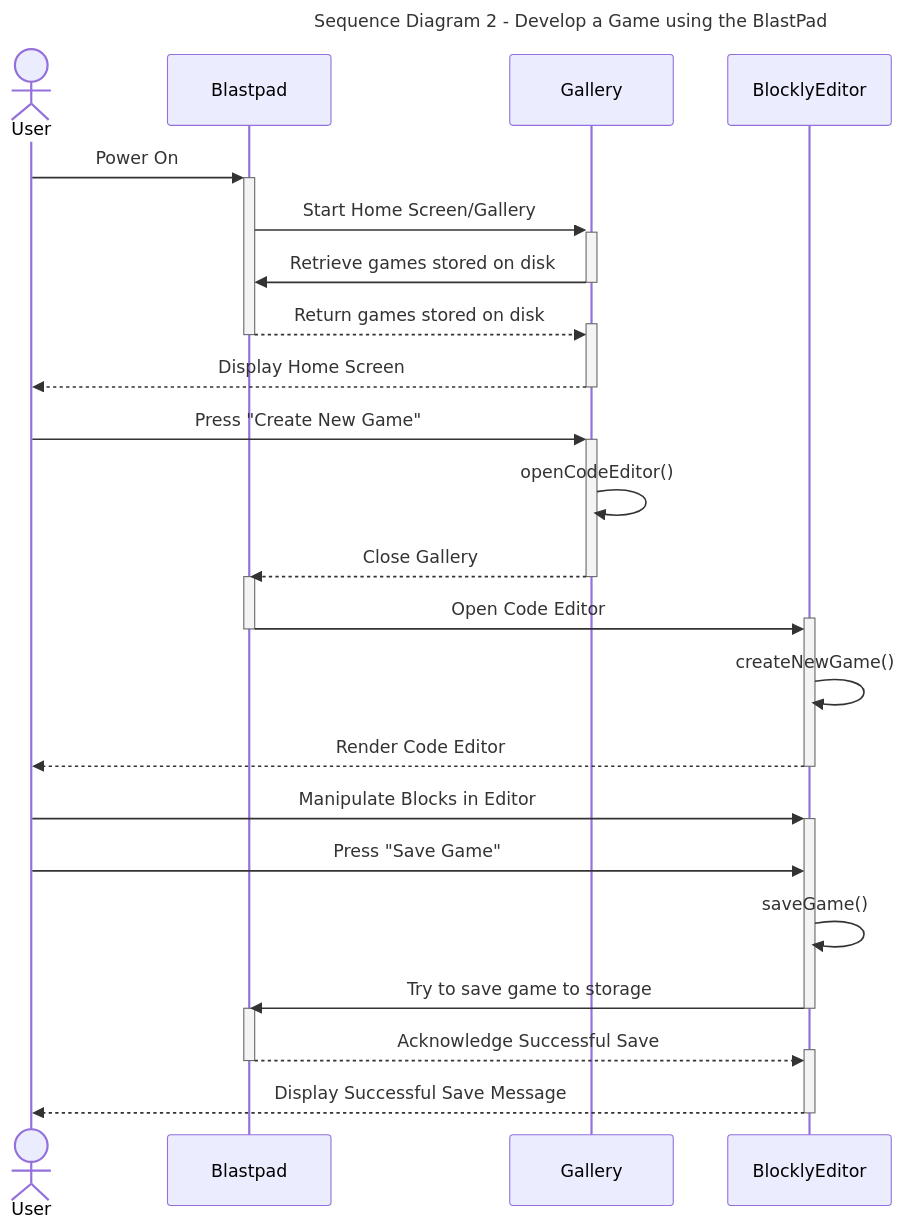
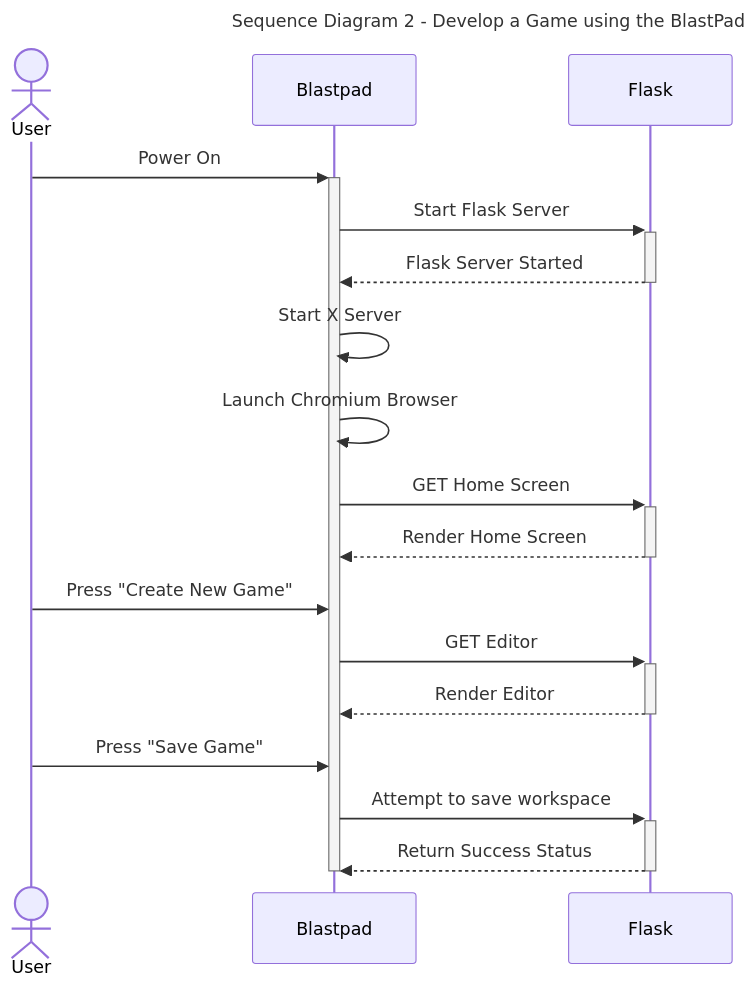
The second of 11 diagrams in documentation/docs/system-architecture/sequence-diagrams.md (Capstone-Projects-2024-Spring/project-blastpad), drawn with Mermaid before and after one commit. The commit also changed other lines of this file and 3 other files, not shown here.

Commit message:
Use Case Seq Diagrams

````diff
--- a/documentation/docs/system-architecture/sequence-diagrams.md
+++ b/documentation/docs/system-architecture/sequence-diagrams.md
@@ -48,33 +53,29 @@
 ```mermaid
 ---
 title: "Sequence Diagram 2 - Develop a Game using the BlastPad"
 ---
 
 sequenceDiagram
 actor User
 User->>+Blastpad: Power On
-Blastpad->>+Gallery: Start Home Screen/Gallery
-Gallery->>-Blastpad: Retrieve games stored on disk
-Blastpad-->>+Gallery: Return games stored on disk
-deactivate Blastpad	
-Gallery-->>-User: Display Home Screen
+Blastpad->>+Flask: Start Flask Server
+Flask-->>-Blastpad: Flask Server Started
+Blastpad->>Blastpad: Start X Server
+Blastpad->>Blastpad: Launch Chromium Browser
 
 
-User->>+Gallery: Press "Create New Game"
-Gallery->>Gallery: openCodeEditor()
-Gallery-->>-Blastpad: Close Gallery
-activate Blastpad
-Blastpad->>+BlocklyEditor: Open Code Editor
+Blastpad->>+Flask: GET Home Screen
+Flask-->>-Blastpad: Render Home Screen
+
+
+User->>Blastpad: Press "Create New Game"
+Blastpad->>+Flask: GET Editor
+Flask-->>-Blastpad: Render Editor
+User->>Blastpad: Press "Save Game"
+Blastpad->>+Flask: Attempt to save workspace
+Flask-->>-Blastpad: Return Success Status
+
 deactivate Blastpad
-BlocklyEditor->>BlocklyEditor: createNewGame()
-BlocklyEditor-->>-User: Render Code Editor
-User->>+BlocklyEditor: Manipulate Blocks in Editor
-User->>BlocklyEditor: Press "Save Game"
-BlocklyEditor->>BlocklyEditor: saveGame()
-BlocklyEditor->>-Blastpad: Try to save game to storage
-activate Blastpad
-Blastpad-->>+BlocklyEditor: Acknowledge Successful Save
-deactivate Blastpad
-BlocklyEditor-->>-User: Display Successful Save Message
+
 
 ```
````
